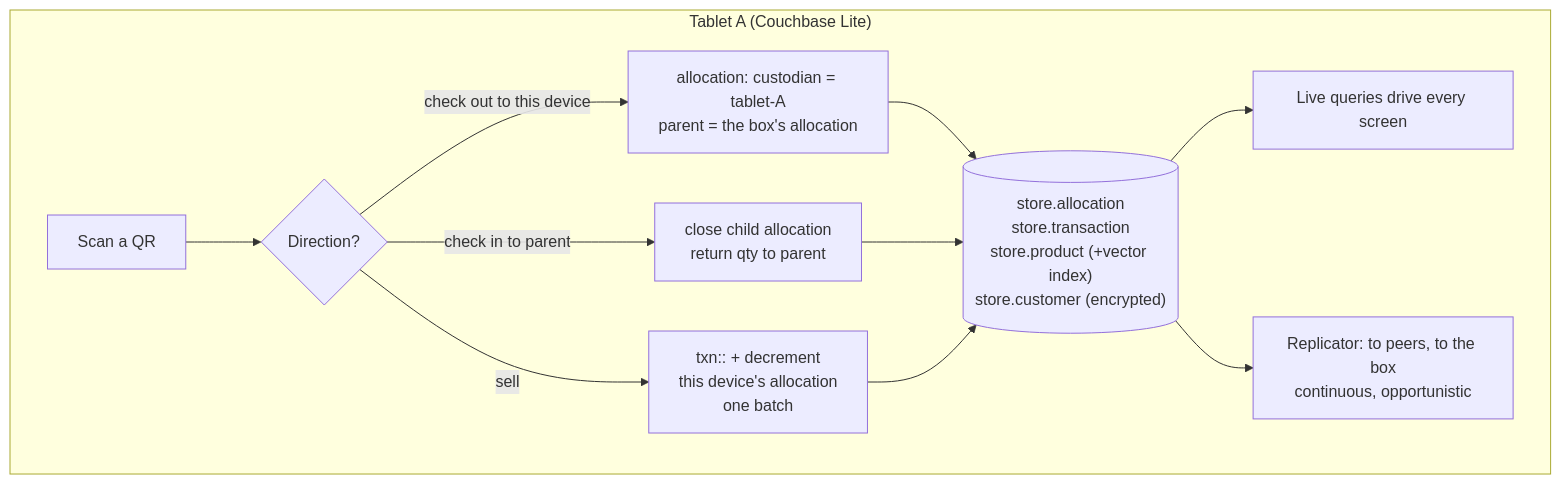
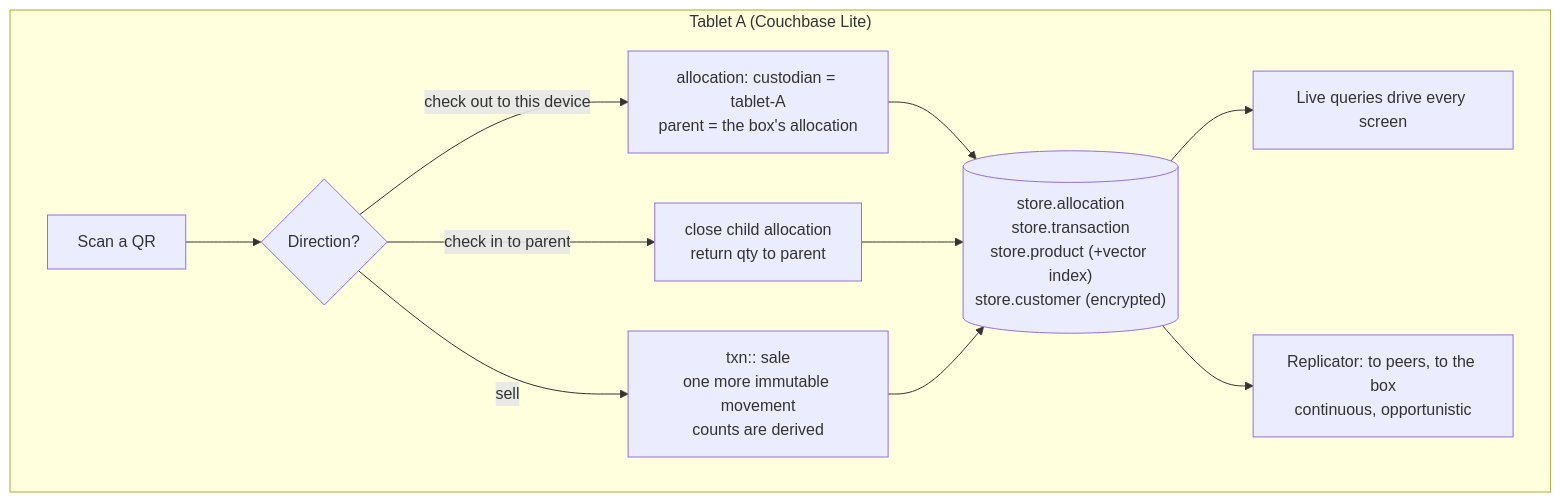
One commit to omnifroodle/store-in-a-box changed the diagram in docs/architecture/couchbase-lite-custody.md. Above: the diagram before and after it, drawn with Mermaid. The commit also changed other lines of this file and 7 other files, not shown here.

````diff
--- a/docs/architecture/couchbase-lite-custody.md
+++ b/docs/architecture/couchbase-lite-custody.md
@@ -7,12 +7,12 @@
 ```mermaid
 flowchart TB
   subgraph Tablet["Tablet A (Couchbase Lite)"]
     SCAN["Scan a QR"] --> KIND{"Direction?"}
     KIND -->|"check out to this device"| OUT["allocation: custodian = tablet-A<br/>parent = the box's allocation"]
     KIND -->|"check in to parent"| IN["close child allocation<br/>return qty to parent"]
-    KIND -->|"sell"| SELL["txn:: + decrement<br/>this device's allocation<br/>one batch"]
+    KIND -->|"sell"| SELL["txn:: sale<br/>one more immutable movement<br/>counts are derived"]
     OUT & IN & SELL --> DB[("store.allocation<br/>store.transaction<br/>store.product (+vector index)<br/>store.customer (encrypted)")]
     DB --> LQ["Live queries drive every screen"]
     DB --> REP["Replicator: to peers, to the box<br/>continuous, opportunistic"]
   end
 ```
````
